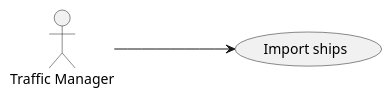
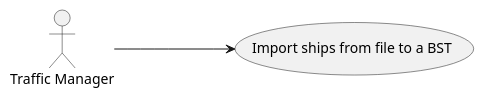
One commit to 1190772/LAB-Project-3 changed the diagram in docs/Sprint 1/US101/US101_UCD.puml. Above: the diagram before and after it, drawn with PlantUML. The commit also changed 11 other files, not shown here.

```diff
--- a/docs/Sprint 1/US101/US101_UCD.puml
+++ b/docs/Sprint 1/US101/US101_UCD.puml
@@ -1,11 +1,11 @@
 @startuml
 'https://plantuml.com/use-case-diagram
 
 left to right direction
 
 :Traffic Manager: as TM
-(Import ships) as (Use)
+(Import ships from file to a BST) as (Use)
 
 TM ---> (Use)
 
 @enduml
```
